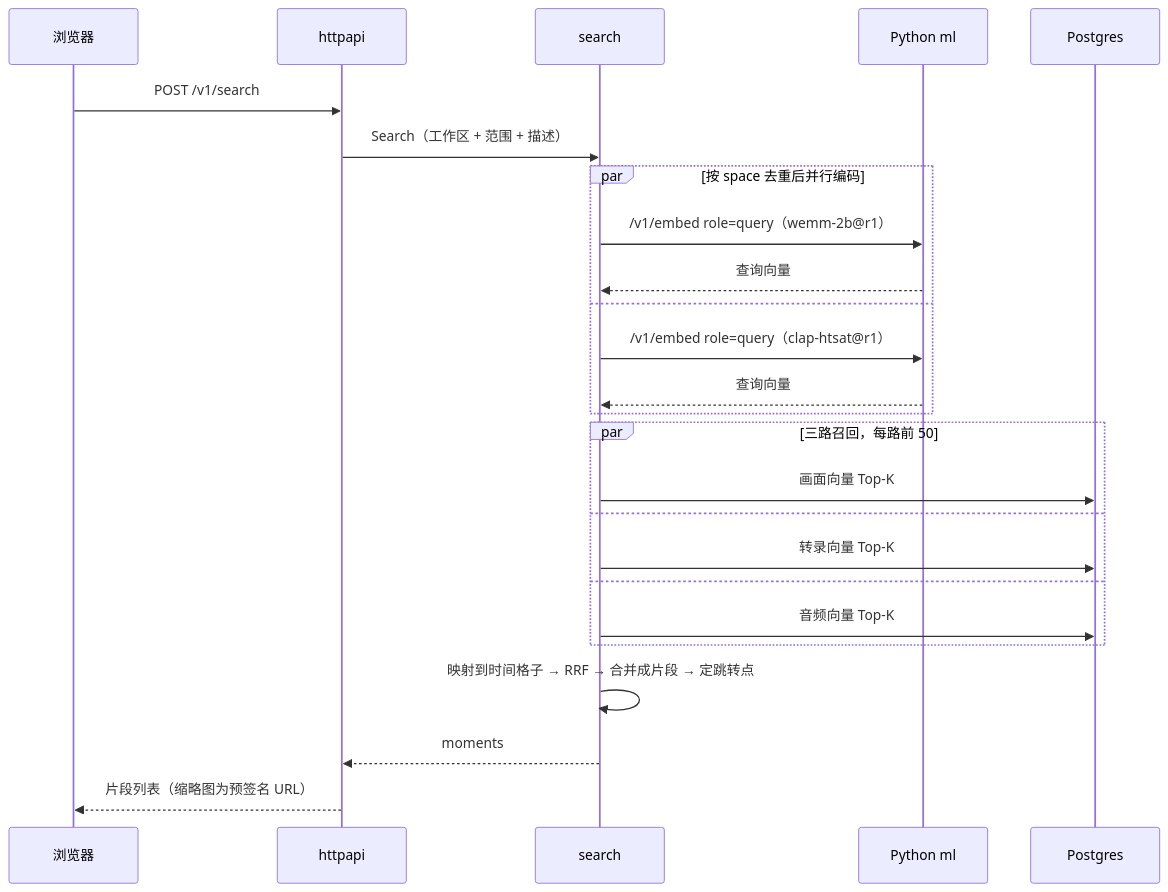
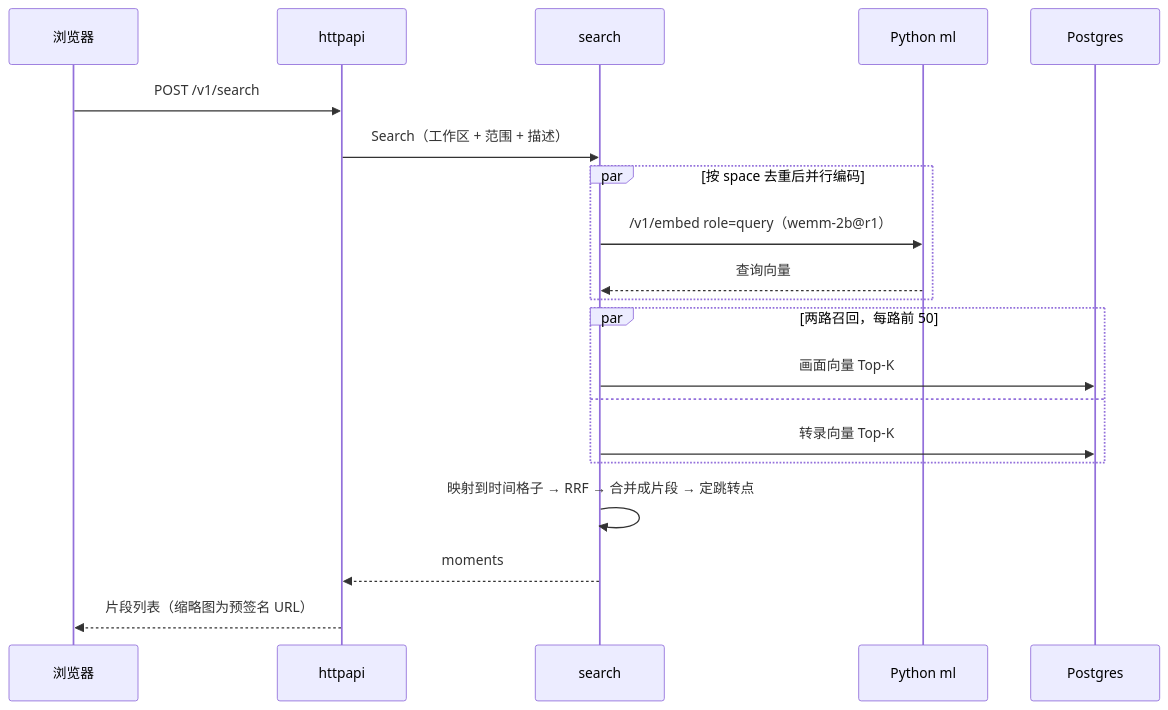
Diagram 11 of 17 in docs/design.md (realOzine/videohelper), drawn with Mermaid before and after one commit. The commit also changed other lines of this file and 7 other files, not shown here.

````diff
--- a/docs/design.md
+++ b/docs/design.md
@@ -490,28 +487,23 @@
 ```mermaid
 sequenceDiagram
   participant B as 浏览器
   participant A as httpapi
   participant S as search
   participant P as Python ml
   participant G as Postgres
 
   B->>A: POST /v1/search
   A->>S: Search（工作区 + 范围 + 描述）
   par 按 space 去重后并行编码
     S->>P: /v1/embed role=query（wemm-2b@r1）
     P-->>S: 查询向量
-  and
-    S->>P: /v1/embed role=query（clap-htsat@r1）
-    P-->>S: 查询向量
   end
-  par 三路召回，每路前 50
+  par 两路召回，每路前 50
     S->>G: 画面向量 Top-K
   and
     S->>G: 转录向量 Top-K
-  and
-    S->>G: 音频向量 Top-K
   end
   S->>S: 映射到时间格子 → RRF → 合并成片段 → 定跳转点
   S-->>A: moments
   A-->>B: 片段列表（缩略图为预签名 URL）
 ```
````
